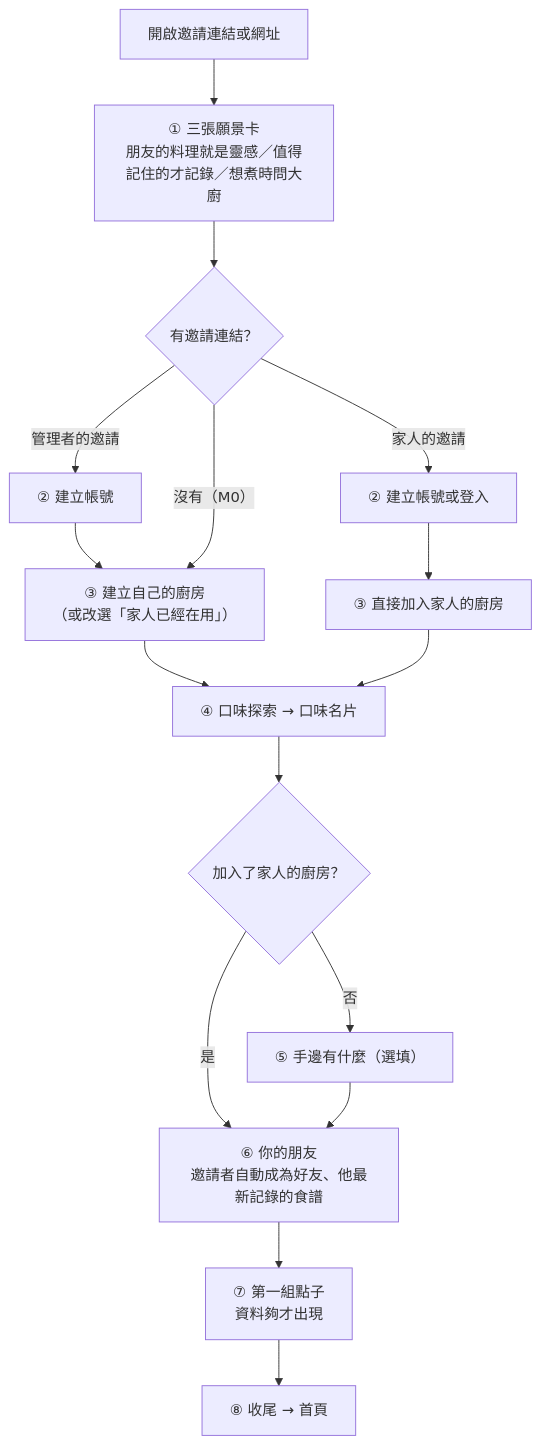
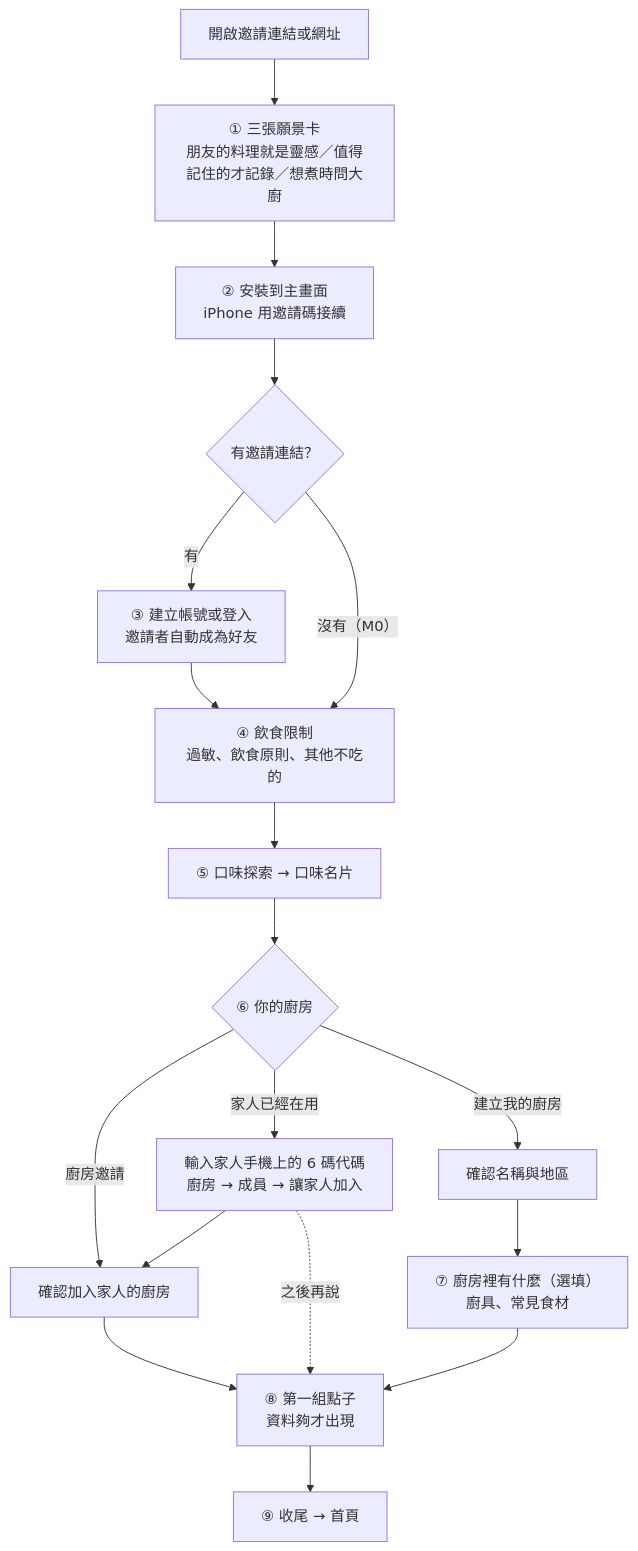
Before and after one commit to LeeBoYin/cooking-recipe-app: the first of 8 diagrams in docs/09-user-flows.md, drawn with Mermaid. The commit also changed other lines of this file and 14 other files, not shown here.

````diff
--- a/docs/09-user-flows.md
+++ b/docs/09-user-flows.md
@@ -27,16 +27,20 @@
 ```mermaid
 flowchart TD
   S0[開啟邀請連結或網址] --> S1[① 三張願景卡<br/>朋友的料理就是靈感／值得記住的才記錄／想煮時問大廚]
-  S1 --> S2{有邀請連結？}
-  S2 -- 管理者的邀請 --> S3[② 建立帳號] --> S4A[③ 建立自己的廚房<br/>（或改選「家人已經在用」）]
-  S2 -- 家人的邀請 --> S3B[② 建立帳號或登入] --> S4B[③ 直接加入家人的廚房]
-  S2 -- 沒有（M0） --> S4A
-  S4A --> S5[④ 口味探索 → 口味名片]
-  S4B --> S5
-  S5 --> S6{加入了家人的廚房？}
-  S6 -- 否 --> S7[⑤ 手邊有什麼（選填）]
-  S6 -- 是 --> S8
-  S7 --> S8[⑥ 你的朋友<br/>邀請者自動成為好友、他最新記錄的食譜]
-  S8 --> S9[⑦ 第一組點子<br/>資料夠才出現]
-  S9 --> S10[⑧ 收尾 → 首頁]
+  S1 --> SI[② 安裝到主畫面<br/>iPhone 用邀請碼接續]
+  SI --> S2{有邀請連結？}
+  S2 -- 有 --> S3[③ 建立帳號或登入<br/>邀請者自動成為好友]
+  S2 -- 沒有（M0） --> SL
+  S3 --> SL[④ 飲食限制<br/>過敏、飲食原則、其他不吃的]
+  SL --> S4[⑤ 口味探索 → 口味名片]
+  S4 --> S5{⑥ 你的廚房}
+  S5 -- 廚房邀請 --> S5B[確認加入家人的廚房]
+  S5 -- 家人已經在用 --> S5C[輸入家人手機上的 6 碼代碼<br/>廚房 → 成員 → 讓家人加入]
+  S5C --> S5B
+  S5C -.之後再說.-> S7
+  S5 -- 建立我的廚房 --> S5A[確認名稱與地區]
+  S5A --> S6[⑦ 廚房裡有什麼（選填）<br/>廚具、常見食材]
+  S5B --> S7
+  S6 --> S7[⑧ 第一組點子<br/>資料夠才出現]
+  S7 --> S8[⑨ 收尾 → 首頁]
 ```
````
